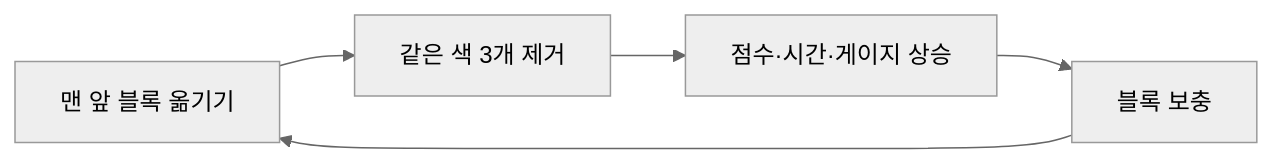
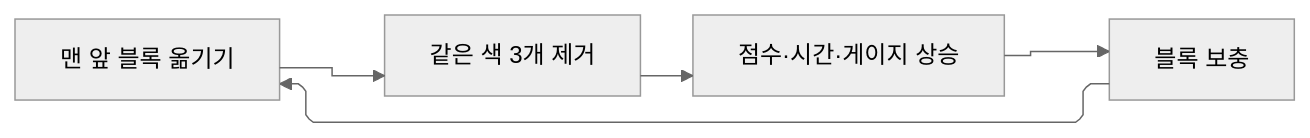
The first of 6 diagrams in src/0-Tidy-Mommy/기술문서.md (chesherneko/portfolio), drawn with Mermaid before and after one commit. The commit also changed other lines of this file and 20 other files, not shown here.

````diff
--- a/src/0-Tidy-Mommy/기술문서.md
+++ b/src/0-Tidy-Mommy/기술문서.md
@@ -62,8 +62,16 @@
 ```mermaid
-%%{init: {'theme':'neutral'}}%%
+%%{init: {'theme':'neutral', 'layout': 'elk', 'flowchart': {'curve': 'linear'}}}%%
 flowchart LR
     A[맨 앞 블록 옮기기] --> B[같은 색 3개 제거]
     B --> C[점수·시간·게이지 상승]
     C --> D[블록 보충]
     D --> A
+
+    %% 보이지 않는 연결: 주 흐름을 왼쪽→오른쪽 한 줄로 고정(돌아오는 선이 처음으로 들어가게)
+    A ~~~ B
+    A ~~~ B
+    B ~~~ C
+    B ~~~ C
+    C ~~~ D
+    C ~~~ D
 ```
````
